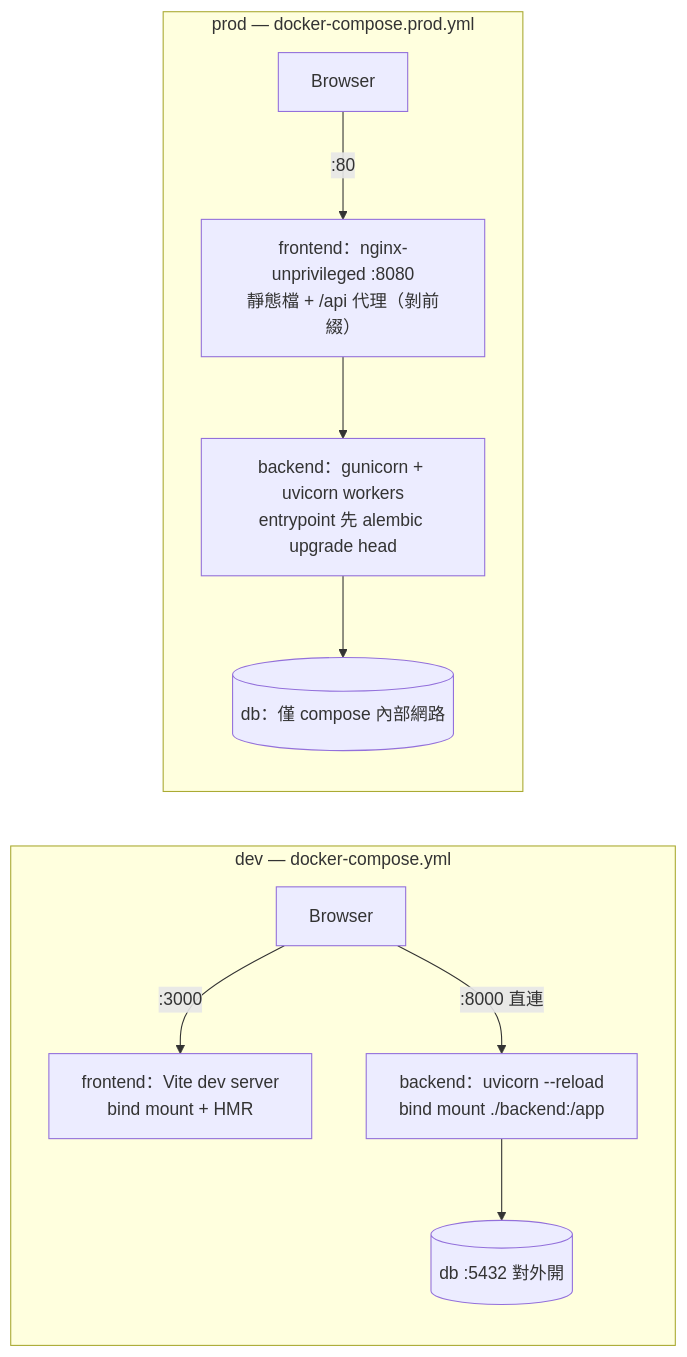
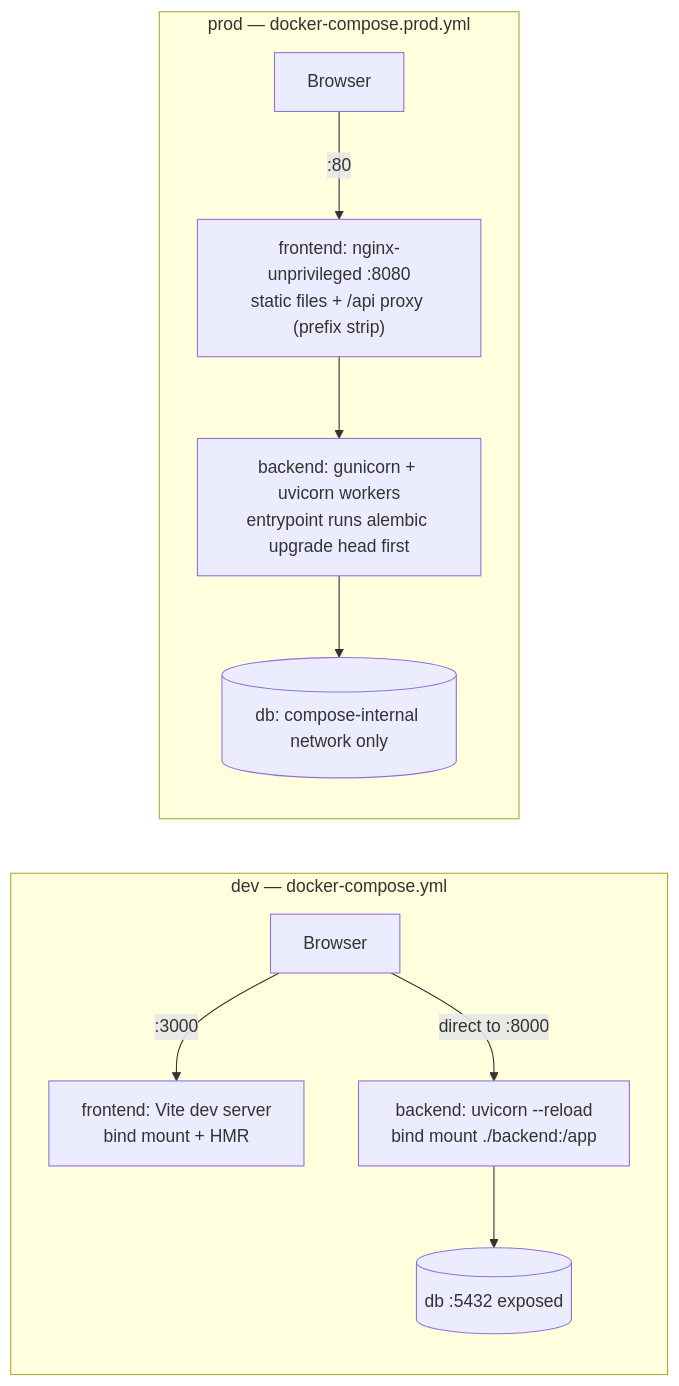
Before and after one commit to mhong26/CareerPilot_AI: the fourth of 4 diagrams in docs/architecture.md, drawn with Mermaid. The commit also changed other lines of this file and 18 other files, not shown here.

````diff
--- a/docs/architecture.md
+++ b/docs/architecture.md
@@ -148,13 +150,13 @@
 ```mermaid
 flowchart LR
     subgraph DEV["dev — docker-compose.yml"]
-        B1["Browser"] -->|":3000"| V["frontend：Vite dev server<br/>bind mount + HMR"]
-        B1 -->|":8000 直連"| U1["backend：uvicorn --reload<br/>bind mount ./backend:/app"]
-        U1 --> D1[("db :5432 對外開")]
+        B1["Browser"] -->|":3000"| V["frontend: Vite dev server<br/>bind mount + HMR"]
+        B1 -->|"direct to :8000"| U1["backend: uvicorn --reload<br/>bind mount ./backend:/app"]
+        U1 --> D1[("db :5432 exposed")]
     end
     subgraph PROD["prod — docker-compose.prod.yml"]
-        B2["Browser"] -->|":80"| N["frontend：nginx-unprivileged :8080<br/>靜態檔 + /api 代理（剝前綴）"]
-        N --> G2["backend：gunicorn + uvicorn workers<br/>entrypoint 先 alembic upgrade head"]
-        G2 --> D2[("db：僅 compose 內部網路")]
+        B2["Browser"] -->|":80"| N["frontend: nginx-unprivileged :8080<br/>static files + /api proxy (prefix strip)"]
+        N --> G2["backend: gunicorn + uvicorn workers<br/>entrypoint runs alembic upgrade head first"]
+        G2 --> D2[("db: compose-internal network only")]
     end
 ```
````
